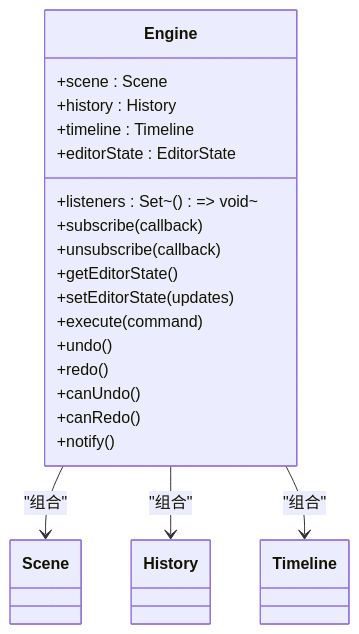
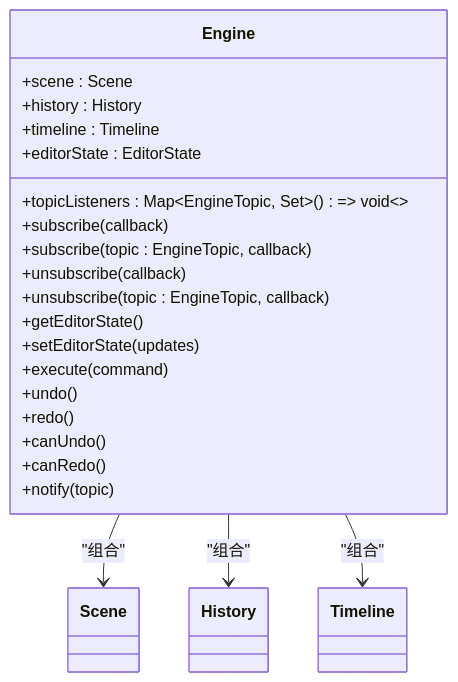
Before and after one commit to Anna0314zy/ai_editor_enginer: the third of 8 diagrams in .qoder/repowiki/zh/content/引擎系统/引擎系统.md, drawn with Mermaid. The commit also changed other lines of this file and 17 other files, not shown here.

````diff
--- a/.qoder/repowiki/zh/content/引擎系统/引擎系统.md
+++ b/.qoder/repowiki/zh/content/引擎系统/引擎系统.md
@@ -184,26 +258,28 @@
 ```mermaid
 classDiagram
 class Engine {
 +scene : Scene
 +history : History
 +timeline : Timeline
 +editorState : EditorState
-+listeners : Set~() => void~
++topicListeners : Map~EngineTopic, Set~() => void~~
 +subscribe(callback)
++subscribe(topic : EngineTopic, callback)
 +unsubscribe(callback)
++unsubscribe(topic : EngineTopic, callback)
 +getEditorState()
 +setEditorState(updates)
 +execute(command)
 +undo()
 +redo()
 +canUndo()
 +canRedo()
-+notify()
++notify(topic)
 }
 class Scene
 class History
 class Timeline
 Engine --> Scene : "组合"
 Engine --> History : "组合"
 Engine --> Timeline : "组合"
 ```
````
